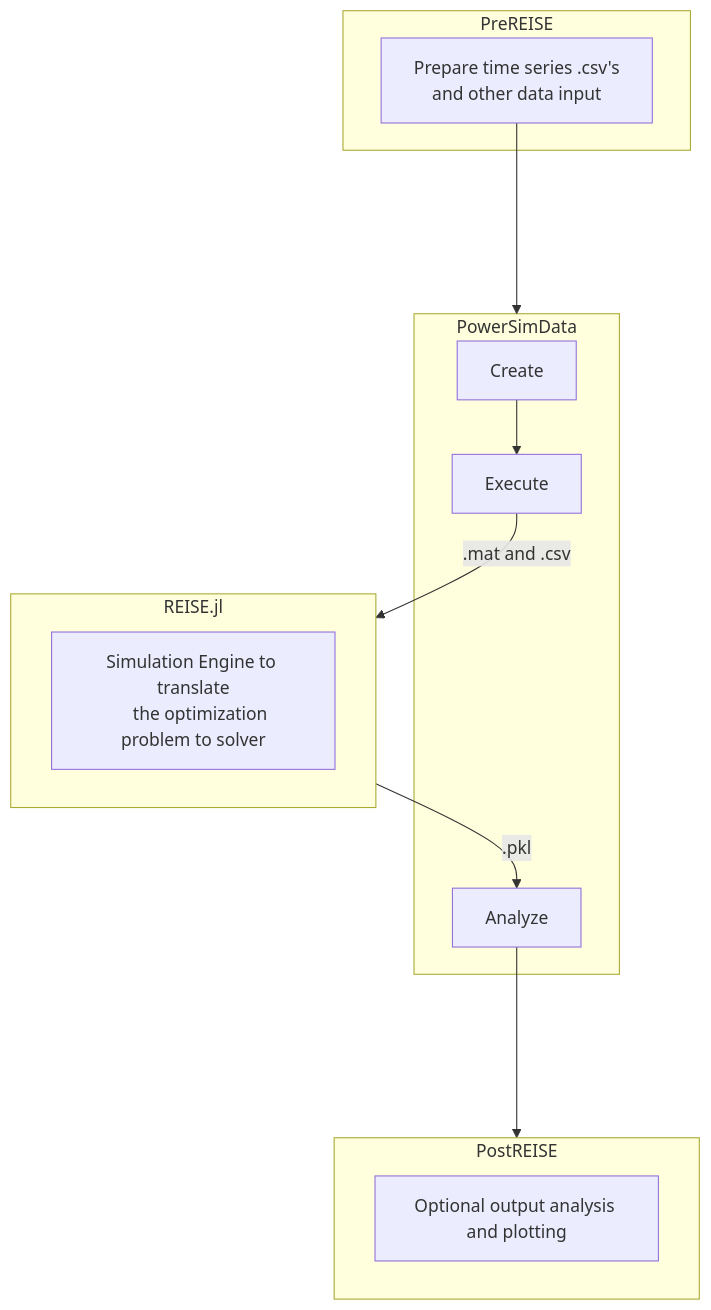
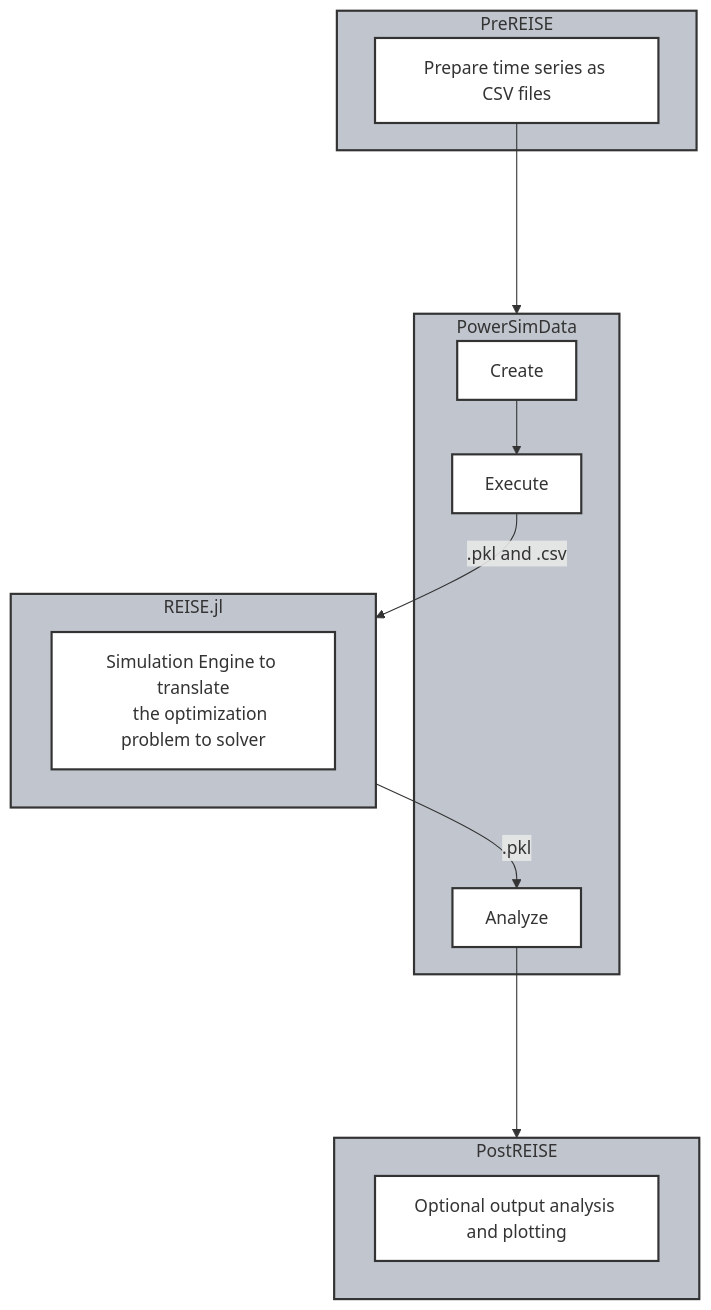
The diagram in source/index.rst (Breakthrough-Energy/docs), drawn with Mermaid before and after one commit.

Commit message:
docs: update diagram (#81)

```diff
--- a/source/index.rst
+++ b/source/index.rst
@@ -54,25 +54,30 @@
 .. mermaid::
 
     flowchart TD
         subgraph M[PreREISE]
-        B["Prepare time series .csv's
-        and other data input"]
+        B["Prepare time series as CSV files"]
         end
 
         subgraph N[PowerSimData]
         C[Create] --> D[Execute]
         D
         E[Analyze]
         end
 
         B ----> N
         subgraph O[REISE.jl]
         F["Simulation Engine to translate
         the optimization problem to solver"]
         end
-        D --".mat and .csv"--> O
+        D --".pkl and .csv"--> O
         O --".pkl"--> E
+        
         subgraph P[PostREISE]
         G["Optional output analysis and plotting"]
         end
         E ----> P
+
+        class M,N,O,P grey
+        class B,C,D,E,F,G white
+        classDef grey fill:#c0c5ce,stroke:#333,stroke-width:2px
+        classDef white fill:#ffffff,stroke:#333,stroke-width:2px
```
